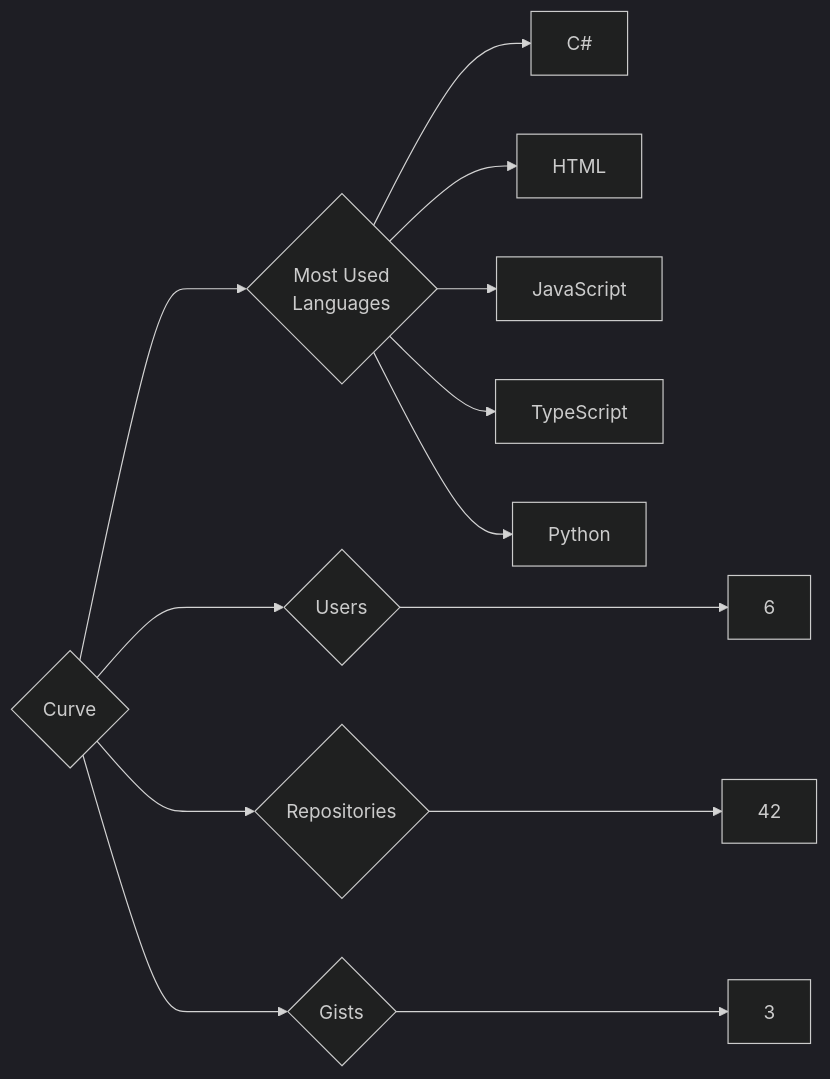
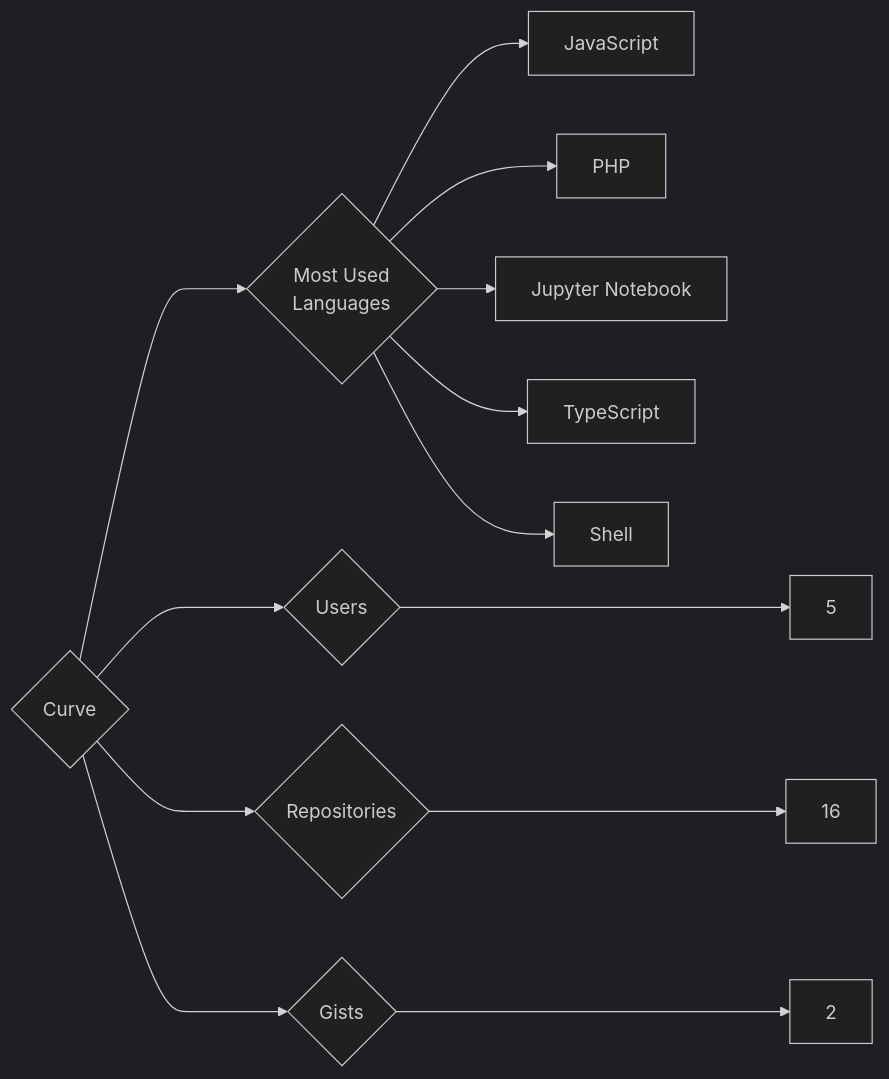
The diagram in targets/Curve/README.md (trickest/insiders), drawn with Mermaid (dark theme) before and after one commit. The commit also changed 1092 other files, not shown here.

````diff
--- a/targets/Curve/README.md
+++ b/targets/Curve/README.md
@@ -3,13 +3,13 @@
 ```mermaid
 graph LR
 COMPANY_NAME{Curve}
-COMPANY_NAME ---> U{Users} ---> UN[6]
-COMPANY_NAME ---> R{Repositories} ---> RN[42]
-COMPANY_NAME ---> G{Gists} ---> GN[3]
+COMPANY_NAME ---> U{Users} ---> UN[5]
+COMPANY_NAME ---> R{Repositories} ---> RN[16]
+COMPANY_NAME ---> G{Gists} ---> GN[2]
 COMPANY_NAME ---> ML{Most Used<br>Languages}
-ML --> C#[C#]
-ML --> HTML[HTML]
 ML --> JavaScript[JavaScript]
+ML --> PHP[PHP]
+ML --> Jupyter_Notebook[Jupyter Notebook]
 ML --> TypeScript[TypeScript]
-ML --> Python[Python]
+ML --> Shell[Shell]
 ```
````
